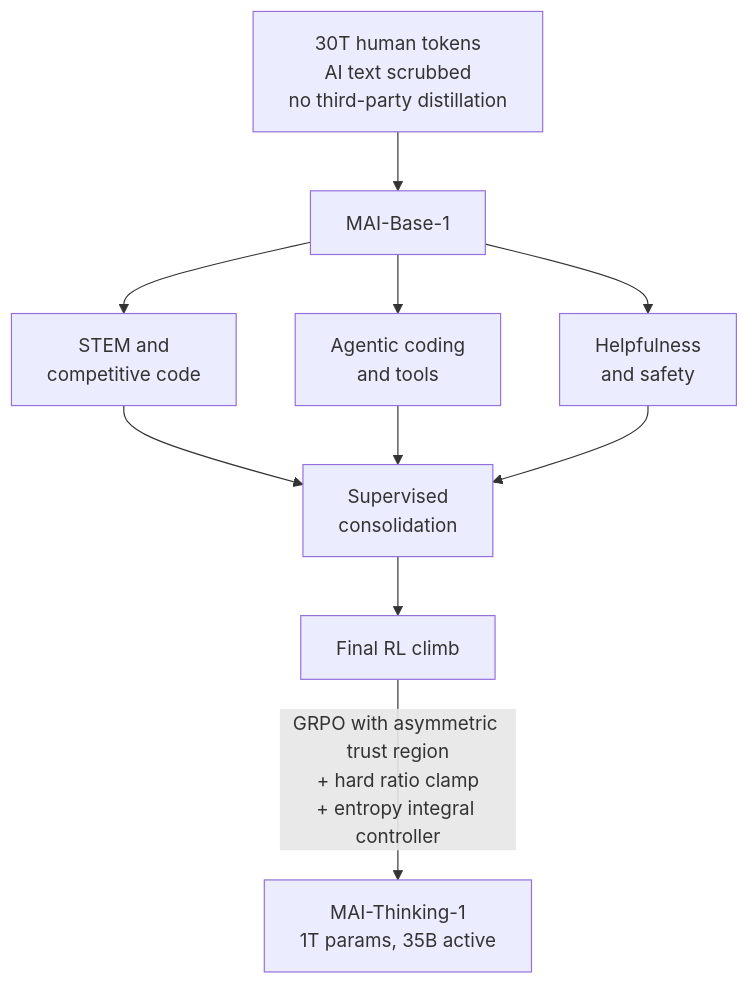
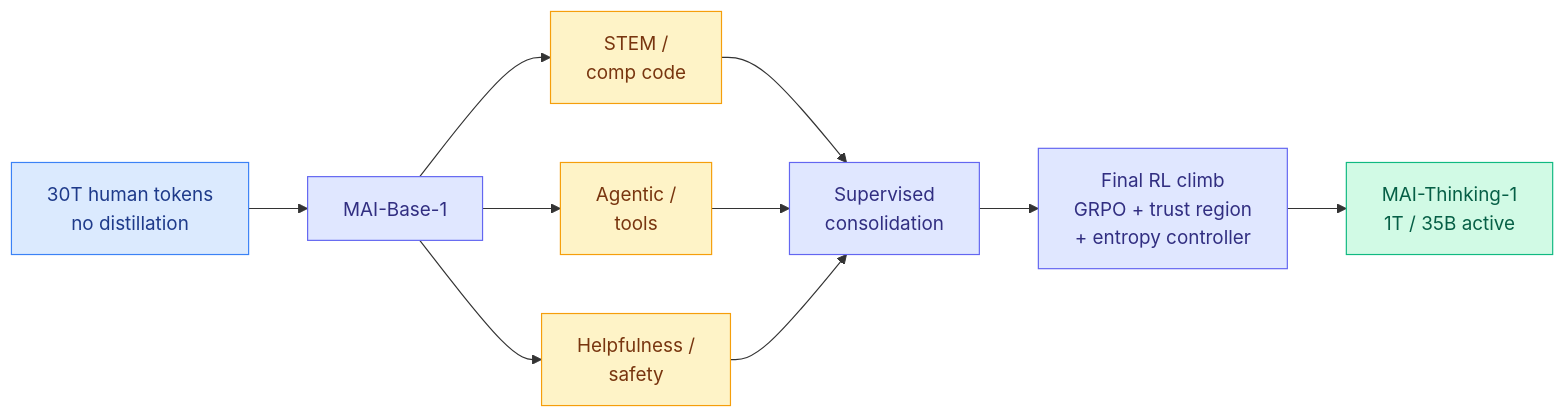
The third of 7 diagrams in wiki/daily-digest/2026-06/2026-06-03.md (bayesiansapien/cere-bro), drawn with Mermaid before and after one commit.

Commit message:
wiki: update wiki/2026-06-03

````diff
--- a/wiki/daily-digest/2026-06/2026-06-03.md
+++ b/wiki/daily-digest/2026-06/2026-06-03.md
@@ -124,12 +124,20 @@
 ```mermaid
-flowchart TB
-  D[30T human tokens<br/>AI text scrubbed<br/>no third-party distillation] --> B[MAI-Base-1]
-  B --> S1[STEM and<br/>competitive code]
-  B --> S2[Agentic coding<br/>and tools]
-  B --> S3[Helpfulness<br/>and safety]
+flowchart LR
+  D[30T human tokens<br/>no distillation] --> B[MAI-Base-1]
+  B --> S1[STEM /<br/>comp code]
+  B --> S2[Agentic /<br/>tools]
+  B --> S3[Helpfulness /<br/>safety]
   S1 --> M[Supervised<br/>consolidation]
   S2 --> M
   S3 --> M
-  M --> F[Final RL climb]
-  F -->|GRPO with asymmetric trust region<br/>+ hard ratio clamp<br/>+ entropy integral controller| T[MAI-Thinking-1<br/>1T params, 35B active]
+  M --> F[Final RL climb<br/>GRPO + trust region<br/>+ entropy controller]
+  F --> T[MAI-Thinking-1<br/>1T / 35B active]
+  classDef input fill:#dbeafe,stroke:#3b82f6,color:#1e3a8a
+  classDef stage fill:#e0e7ff,stroke:#6366f1,color:#312e81
+  classDef specialist fill:#fef3c7,stroke:#f59e0b,color:#78350f
+  classDef output fill:#d1fae5,stroke:#10b981,color:#065f46
+  class D input
+  class B,M,F stage
+  class S1,S2,S3 specialist
+  class T output
 ```
````
